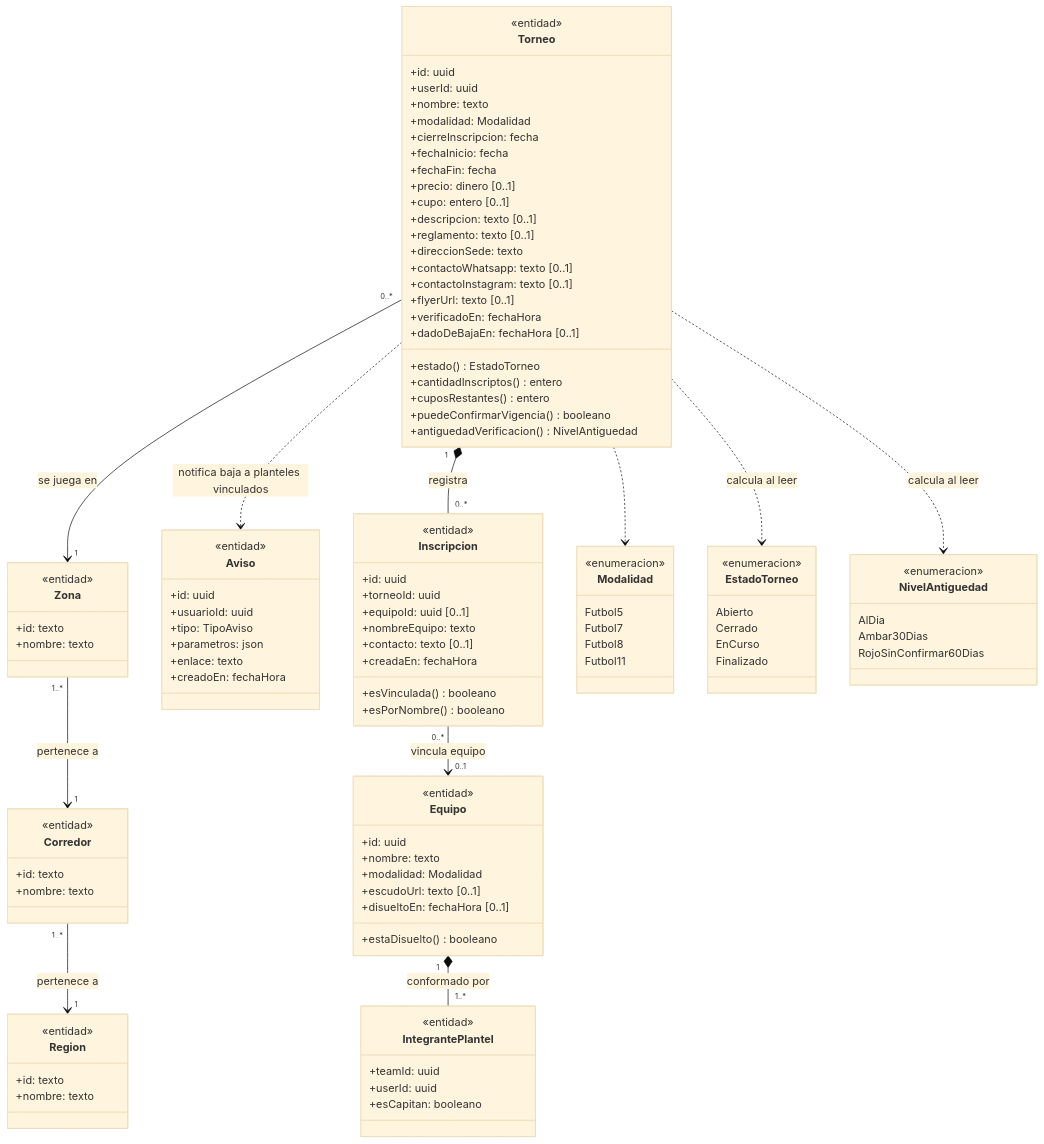
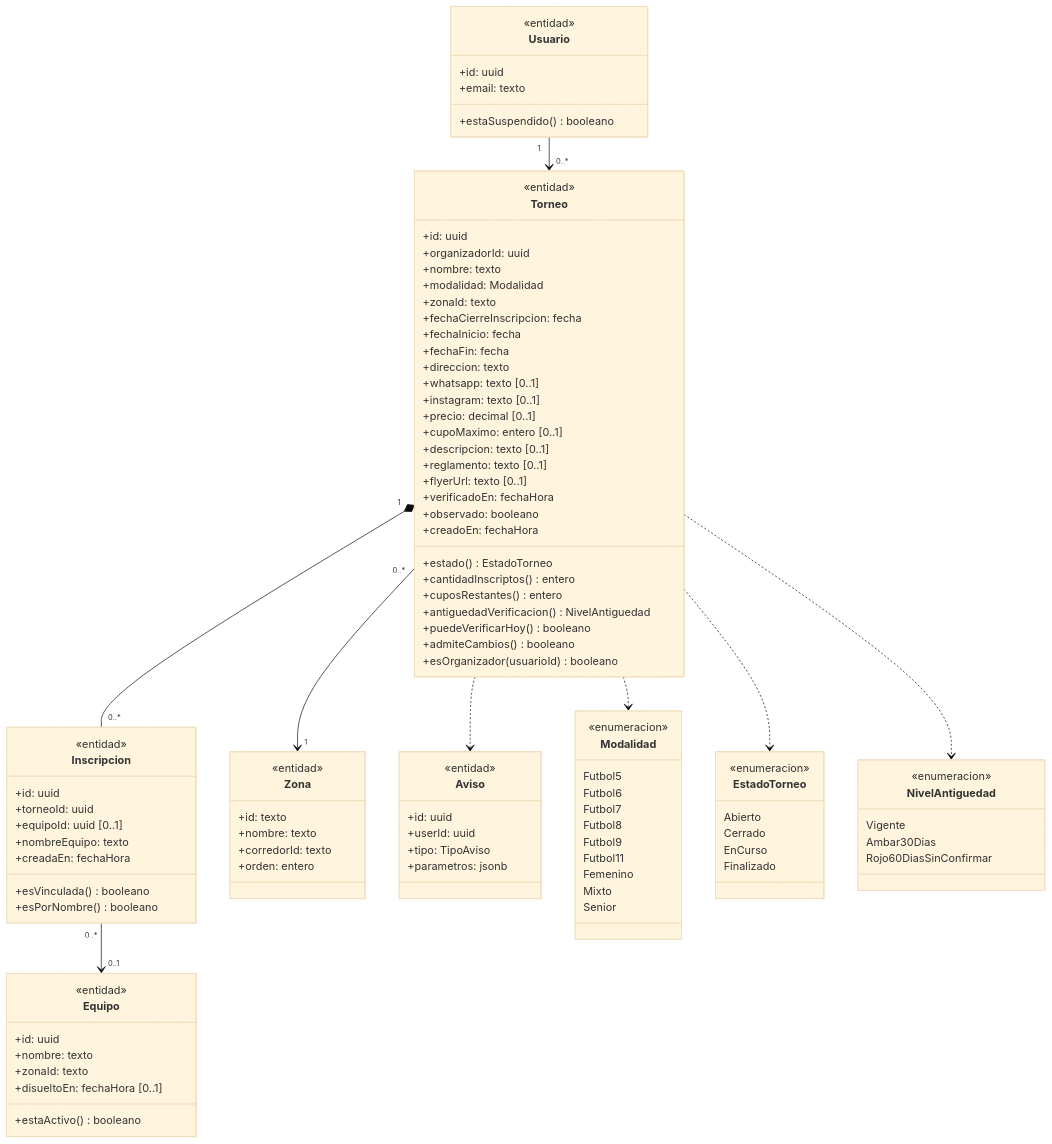
One commit to nicqletal/torneos-scraper changed the first of 8 diagrams in docs/diagramas-de-clase/organizador.md. Above: the diagram before and after it, drawn with Mermaid (base theme). The commit also changed other lines of this file and 13 other files, not shown here.

````diff
--- a/docs/diagramas-de-clase/organizador.md
+++ b/docs/diagramas-de-clase/organizador.md
@@ -12,30 +12,33 @@
 ```mermaid
 classDiagram
-direction TB
 class Torneo {
   <<entidad>>
   +id: uuid
-  +userId: uuid
+  +organizadorId: uuid
   +nombre: texto
   +modalidad: Modalidad
-  +cierreInscripcion: fecha
+  +zonaId: texto
+  +fechaCierreInscripcion: fecha
   +fechaInicio: fecha
   +fechaFin: fecha
-  +precio: dinero [0..1]
-  +cupo: entero [0..1]
+  +direccion: texto
+  +whatsapp: texto [0..1]
+  +instagram: texto [0..1]
+  +precio: decimal [0..1]
+  +cupoMaximo: entero [0..1]
   +descripcion: texto [0..1]
   +reglamento: texto [0..1]
-  +direccionSede: texto
-  +contactoWhatsapp: texto [0..1]
-  +contactoInstagram: texto [0..1]
   +flyerUrl: texto [0..1]
   +verificadoEn: fechaHora
-  +dadoDeBajaEn: fechaHora [0..1]
+  +observado: booleano
+  +creadoEn: fechaHora
   +estado() EstadoTorneo
   +cantidadInscriptos() entero
   +cuposRestantes() entero
-  +puedeConfirmarVigencia() booleano
   +antiguedadVerificacion() NivelAntiguedad
+  +puedeVerificarHoy() booleano
+  +admiteCambios() booleano
+  +esOrganizador(usuarioId) booleano
 }
 class Inscripcion {
   <<entidad>>
@@ -43,7 +46,6 @@
   +torneoId: uuid
   +equipoId: uuid [0..1]
   +nombreEquipo: texto
-  +contacto: texto [0..1]
   +creadaEn: fechaHora
   +esVinculada() booleano
   +esPorNombre() booleano
@@ -52,47 +54,41 @@
   <<entidad>>
   +id: uuid
   +nombre: texto
-  +modalidad: Modalidad
-  +escudoUrl: texto [0..1]
+  +zonaId: texto
   +disueltoEn: fechaHora [0..1]
-  +estaDisuelto() booleano
+  +estaActivo() booleano
 }
-class IntegrantePlantel {
-  <<entidad>>
-  +teamId: uuid
-  +userId: uuid
-  +esCapitan: booleano
-}
-class Aviso {
+class Usuario {
   <<entidad>>
   +id: uuid
-  +usuarioId: uuid
-  +tipo: TipoAviso
-  +parametros: json
-  +enlace: texto
-  +creadoEn: fechaHora
+  +email: texto
+  +estaSuspendido() booleano
 }
 class Zona {
   <<entidad>>
   +id: texto
   +nombre: texto
+  +corredorId: texto
+  +orden: entero
 }
-class Corredor {
+class Aviso {
   <<entidad>>
-  +id: texto
-  +nombre: texto
-}
-class Region {
-  <<entidad>>
-  +id: texto
-  +nombre: texto
+  +id: uuid
+  +userId: uuid
+  +tipo: TipoAviso
+  +parametros: jsonb
 }
 class Modalidad {
   <<enumeracion>>
   Futbol5
+  Futbol6
   Futbol7
   Futbol8
+  Futbol9
   Futbol11
+  Femenino
+  Mixto
+  Senior
 }
 class EstadoTorneo {
   <<enumeracion>>
@@ -103,18 +99,16 @@
 }
 class NivelAntiguedad {
   <<enumeracion>>
-  AlDia
+  Vigente
   Ambar30Dias
-  RojoSinConfirmar60Dias
+  Rojo60DiasSinConfirmar
 }
-Torneo "0..*" --> "1" Zona : se juega en
-Zona "1..*" --> "1" Corredor : pertenece a
-Corredor "1..*" --> "1" Region : pertenece a
-Torneo "1" *-- "0..*" Inscripcion : registra
-Inscripcion "0..*" --> "0..1" Equipo : vincula equipo
-Equipo "1" *-- "1..*" IntegrantePlantel : conformado por
+Usuario "1" --> "0..*" Torneo
+Torneo "1" *-- "0..*" Inscripcion
+Inscripcion "0..*" --> "0..1" Equipo
+Torneo "0..*" --> "1" Zona
 Torneo ..> Modalidad
-Torneo ..> EstadoTorneo : calcula al leer
-Torneo ..> NivelAntiguedad : calcula al leer
-Torneo ..> Aviso : notifica baja a planteles vinculados
+Torneo ..> EstadoTorneo
+Torneo ..> NivelAntiguedad
+Torneo ..> Aviso
 ```
````
